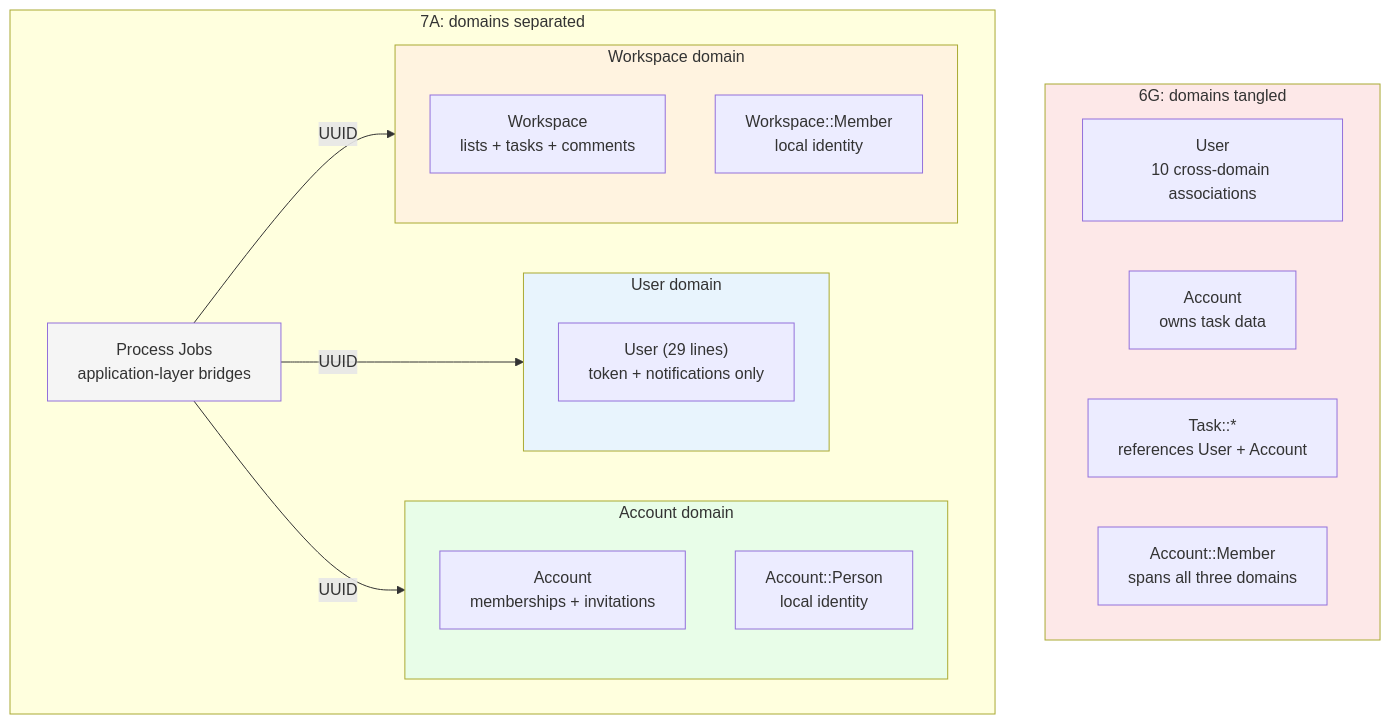
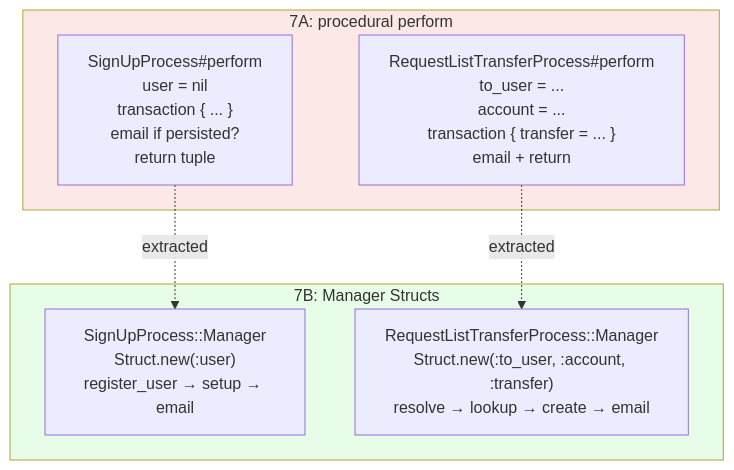
One commit to railswhey/app changed the second of 2 diagrams in README.md. Above: the diagram before and after it, drawn with Mermaid. The commit also changed other lines of this file and 3 other files, not shown here.

````diff
--- a/README.md
+++ b/README.md
@@ -234,34 +215,18 @@
 ```mermaid
 flowchart TD
-  subgraph Before["6G: domains tangled"]
-    U1["User<br/>10 cross-domain associations"]
-    A1["Account<br/>owns task data"]
-    T1["Task::*<br/>references User + Account"]
-    AM["Account::Member<br/>spans all three domains"]
+  subgraph Before["7A: procedural perform"]
+    P1["SignUpProcess#perform<br/>user = nil<br/>transaction { ... }<br/>email if persisted?<br/>return tuple"]
+    P2["RequestListTransferProcess#perform<br/>to_user = ...<br/>account = ...<br/>transaction { transfer = ... }<br/>email + return"]
   end
 
-  subgraph After["7A: domains separated"]
-    subgraph UserD["User domain"]
-      U2["User (29 lines)<br/>token + notifications only"]
-    end
-    subgraph AccountD["Account domain"]
-      A2["Account<br/>memberships + invitations"]
-      AP["Account::Person<br/>local identity"]
-    end
-    subgraph WorkspaceD["Workspace domain"]
-      W["Workspace<br/>lists + tasks + comments"]
-      WM["Workspace::Member<br/>local identity"]
-    end
-    PJ["Process Jobs<br/>application-layer bridges"]
+  subgraph After["7B: Manager Structs"]
+    M1["SignUpProcess::Manager<br/>Struct.new(:user)<br/>register_user → setup → email"]
+    M2["RequestListTransferProcess::Manager<br/>Struct.new(:to_user, :account, :transfer)<br/>resolve → lookup → create → email"]
   end
 
-  PJ -->|"UUID"| UserD
-  PJ -->|"UUID"| AccountD
-  PJ -->|"UUID"| WorkspaceD
+  P1 -.->|"extracted"| M1
+  P2 -.->|"extracted"| M2
 
   style Before fill:#fde8e8
-  style UserD fill:#e8f4fd
-  style AccountD fill:#e8fde8
-  style WorkspaceD fill:#fff3e0
-  style PJ fill:#f5f5f5
+  style After fill:#e8fde8
 ```
````
